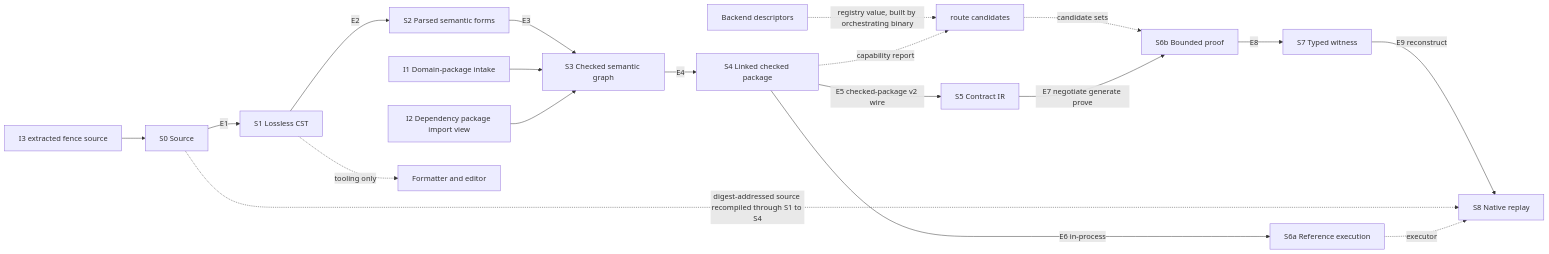
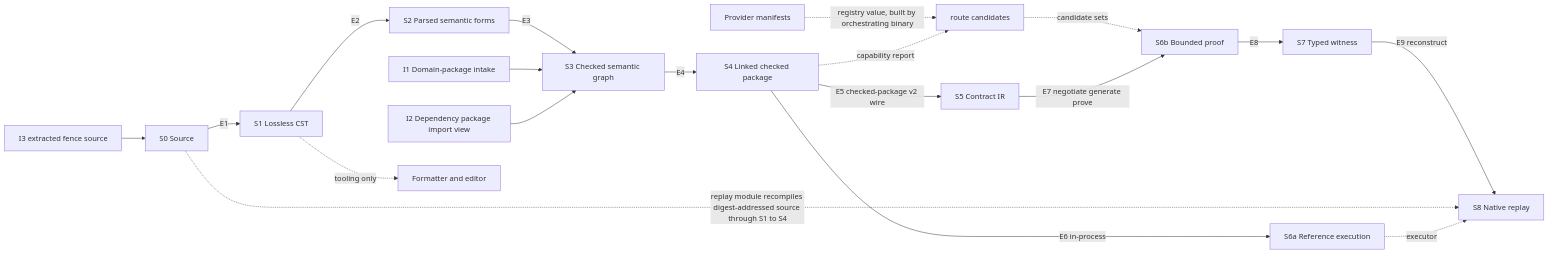
Before and after one commit to agent-ix/quire-spec-language: the first of 2 diagrams in spec/decisions/ADR-011-stage-dag-and-dependency-architecture.md, drawn with Mermaid. The commit also changed other lines of this file and 1 other file, not shown here.

````diff
--- a/spec/decisions/ADR-011-stage-dag-and-dependency-architecture.md
+++ b/spec/decisions/ADR-011-stage-dag-and-dependency-architecture.md
@@ -145,21 +145,21 @@
 ```mermaid
 flowchart LR
   I3[I3 extracted fence source] --> S0
   S0[S0 Source] -->|E1| S1[S1 Lossless CST]
   S1 -->|E2| S2[S2 Parsed semantic forms]
   S2 -->|E3| S3[S3 Checked semantic graph]
   I1[I1 Domain-package intake] --> S3
   I2[I2 Dependency package import view] --> S3
   S3 -->|E4| S4[S4 Linked checked package]
   S4 -->|E5 checked-package v2 wire| S5[S5 Contract IR]
   S4 -->|E6 in-process| S6A[S6a Reference execution]
-  D[Backend descriptors] -.->|registry value, built by orchestrating binary| R[route candidates]
+  D[Provider manifests] -.->|registry value, built by orchestrating binary| R[route candidates]
   S4 -.->|capability report| R
   R -.->|candidate sets| S6B
   S5 -->|E7 negotiate generate prove| S6B[S6b Bounded proof]
   S6B -->|E8| S7[S7 Typed witness]
   S7 -->|E9 reconstruct| S8[S8 Native replay]
-  S0 -.->|digest-addressed source recompiled through S1 to S4| S8
+  S0 -.->|replay module recompiles digest-addressed source through S1 to S4| S8
   S6A -.->|executor| S8
   S1 -.->|tooling only| T[Formatter and editor]
 ```
````
